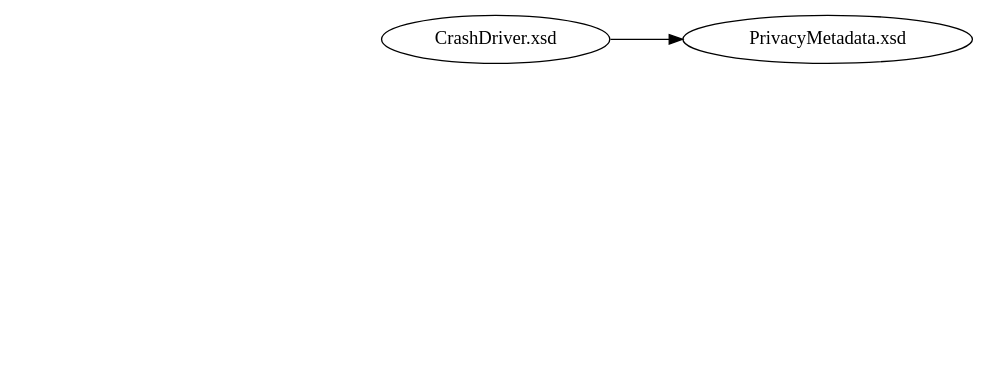
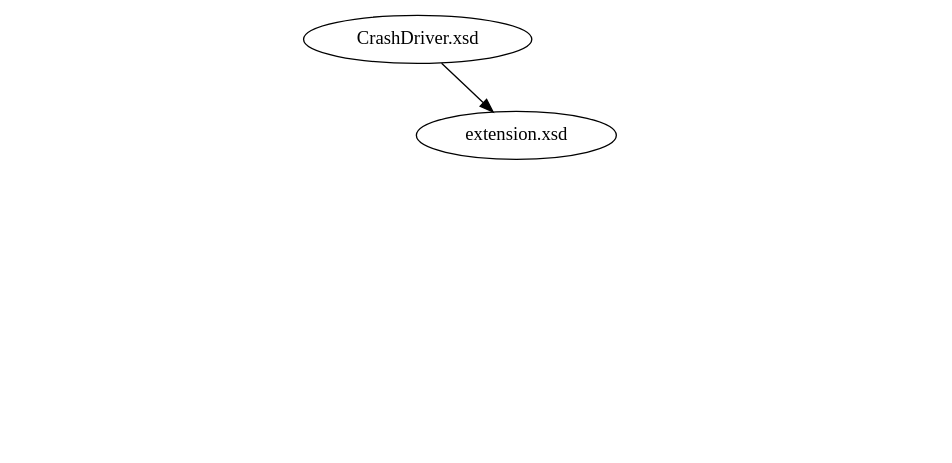
One commit to NIEM/NIEM-Training changed the diagram in Graphics/schema_imports_ranked_2.dot. Above: the diagram before and after it, drawn with Graphviz. The commit also changed 200 other files, not shown here.

```diff
--- a/Graphics/schema_imports_ranked_2.dot
+++ b/Graphics/schema_imports_ranked_2.dot
@@ -1,72 +1,75 @@
 digraph schemas {
 
 	// layouts
     // layout="circo";
     layout="dot";
     
     // layout="fdp";
     // layout="neato";
     // layout="osage";
     // layout="patchwork";
     // layout="sfdp";
     // layout="twopi";
 
 	// extension
 
 	CrashDriver [label="CrashDriver.xsd"];
-		CrashDriver -> PrivacyMetadata;
-		CrashDriver -> niem_core[style="invis"];
-		CrashDriver -> jxdm[style="invis"];
-		CrashDriver -> geospatial[style="invis"];
-		CrashDriver -> niem_xs[style="invis"];
-		CrashDriver -> structures[style="invis"];
+		CrashDriver -> niem_core [style="invis"];
+		CrashDriver -> jxdm [style="invis"];
+		CrashDriver -> extension;
+		CrashDriver -> structures [style="invis"];
 
-	PrivacyMetadata [label="PrivacyMetadata.xsd"];
-		PrivacyMetadata -> structures [style="invis"];
+	extension [label="extension.xsd"];
+		extension -> niem_core [style="invis"];
+		extension -> jxdm [style="invis"];
+		extension -> geospatial [style="invis"];
+		extension -> niem_xs [style="invis"];
+		extension -> structures [style="invis"];
 
 	// external
 	gml [label="gml.xsd", style="invis"];
 		gml -> xlinks [style="invis"];
 	xlinks [label="xlinks.xsd", style="invis"];
 
 
 	structures [label="structures.xsd", style="invis"];
 
 
 	// core
 
 	niem_core [label="niem-core.xsd", style="invis"];
 		niem_core -> niem_xs [style="invis"];
 		niem_core -> structures [style="invis"];
 
 	// domains
 	jxdm [label="jxdm.xsd", style="invis"];
 		jxdm -> aamva_d20 [style="invis"];
 		jxdm -> niem_core [style="invis"];
 		jxdm -> niem_xs [style="invis"];
 		jxdm -> structures [style="invis"];
 
 	// codes
 
 	aamva_d20 [label="aamva_d20.xsd", style="invis"];
 		aamva_d20 -> structures [style="invis"];
 
 	// adapters
 
 	geospatial [label="geospatial.xsd", style="invis"];
 		geospatial -> niem_core [style="invis"];
 		geospatial -> structures [style="invis"];
 		geospatial -> gml [style="invis"];
 
 	niem_xs [label="niem-xs.xsd", style="invis"];
 		niem_xs -> structures [style="invis"];
 
 	// ========================
 
-{ rank="source" CrashDriver, PrivacyMetadata }
+{ rank="source" CrashDriver }
+{ rank="same" extension }
 { rank="same" niem_core, geospatial, jxdm }
 { rank="same" aamva_d20 }
 { rank="same" gml, xlinks }
 { rank="same" structures, niem_xs }
 
 }
```
